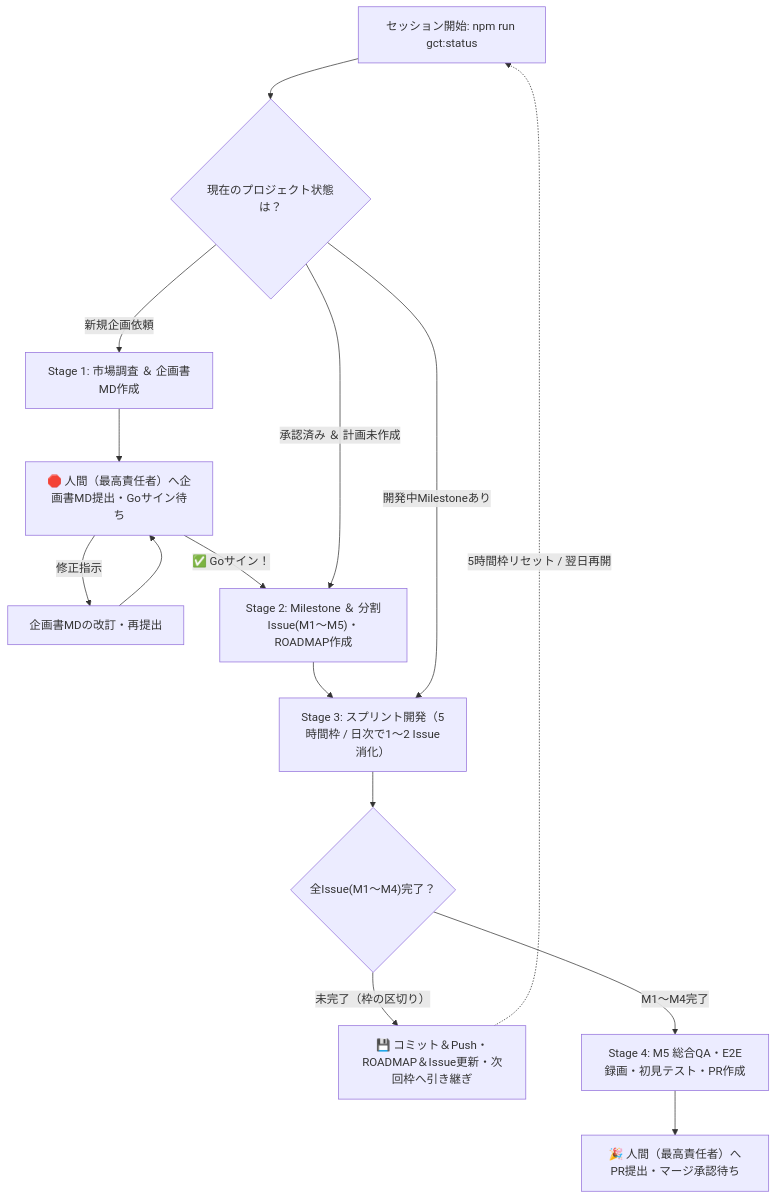
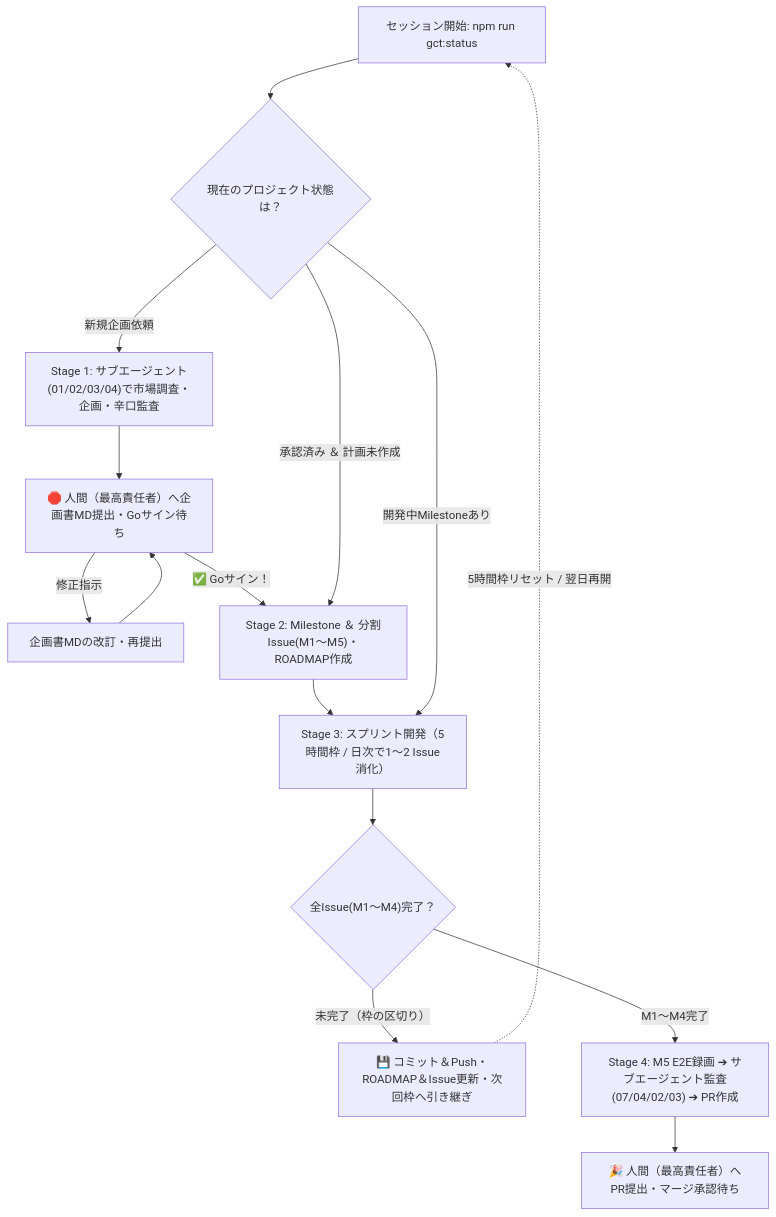
The diagram in .agents/skills/game-create-team/SKILL.md (Nakako0281/GameCreateTeam), drawn with Mermaid before and after one commit. The commit also changed other lines of this file and 16 other files, not shown here.

````diff
--- a/.agents/skills/game-create-team/SKILL.md
+++ b/.agents/skills/game-create-team/SKILL.md
@@ -63,17 +61,17 @@
 ```mermaid
 flowchart TD
   Start["セッション開始: npm run gct:status"] --> Check{"現在のプロジェクト状態は？"}
-  Check -->|新規企画依頼| S1["Stage 1: 市場調査 ＆ 企画書MD作成"]
+  Check -->|新規企画依頼| S1["Stage 1: サブエージェント(01/02/03/04)で市場調査・企画・辛口監査"]
   S1 --> Gate["🛑 人間（最高責任者）へ企画書MD提出・Goサイン待ち"]
   Gate -->|修正指示| S1_Rev["企画書MDの改訂・再提出"]
   S1_Rev --> Gate
   Gate -->|✅ Goサイン！| S2["Stage 2: Milestone ＆ 分割Issue(M1〜M5)・ROADMAP作成"]
   S2 --> S3["Stage 3: スプリント開発（5時間枠 / 日次で1〜2 Issue消化）"]
   Check -->|承認済み ＆ 計画未作成| S2
   Check -->|開発中Milestoneあり| S3
   S3 --> Quota{"全Issue(M1〜M4)完了？"}
   Quota -->|未完了（枠の区切り）| Handoff["💾 コミット＆Push・ROADMAP＆Issue更新・次回枠へ引き継ぎ"]
   Handoff -.->|5時間枠リセット / 翌日再開| Start
-  Quota -->|M1〜M4完了| S4["Stage 4: M5 総合QA・E2E録画・初見テスト・PR作成"]
+  Quota -->|M1〜M4完了| S4["Stage 4: M5 E2E録画 ➔ サブエージェント監査(07/04/02/03) ➔ PR作成"]
   S4 --> FinalGate["🎉 人間（最高責任者）へPR提出・マージ承認待ち"]
 ```
````
